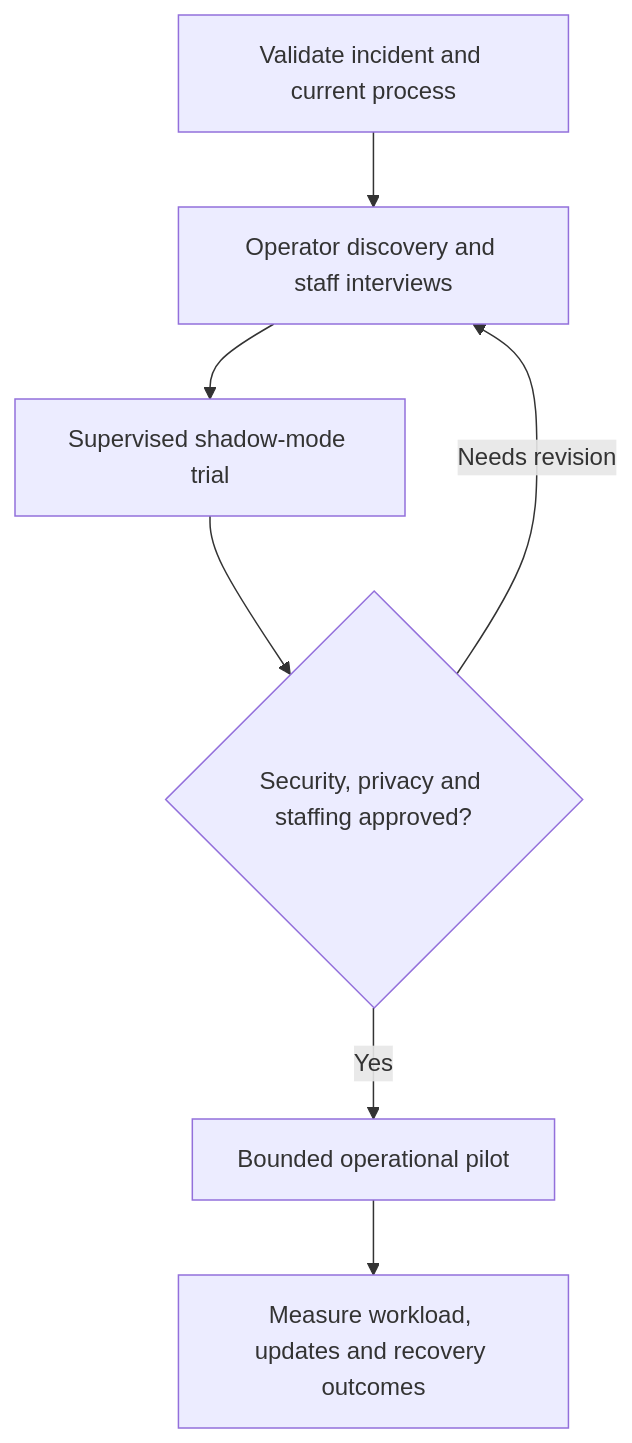
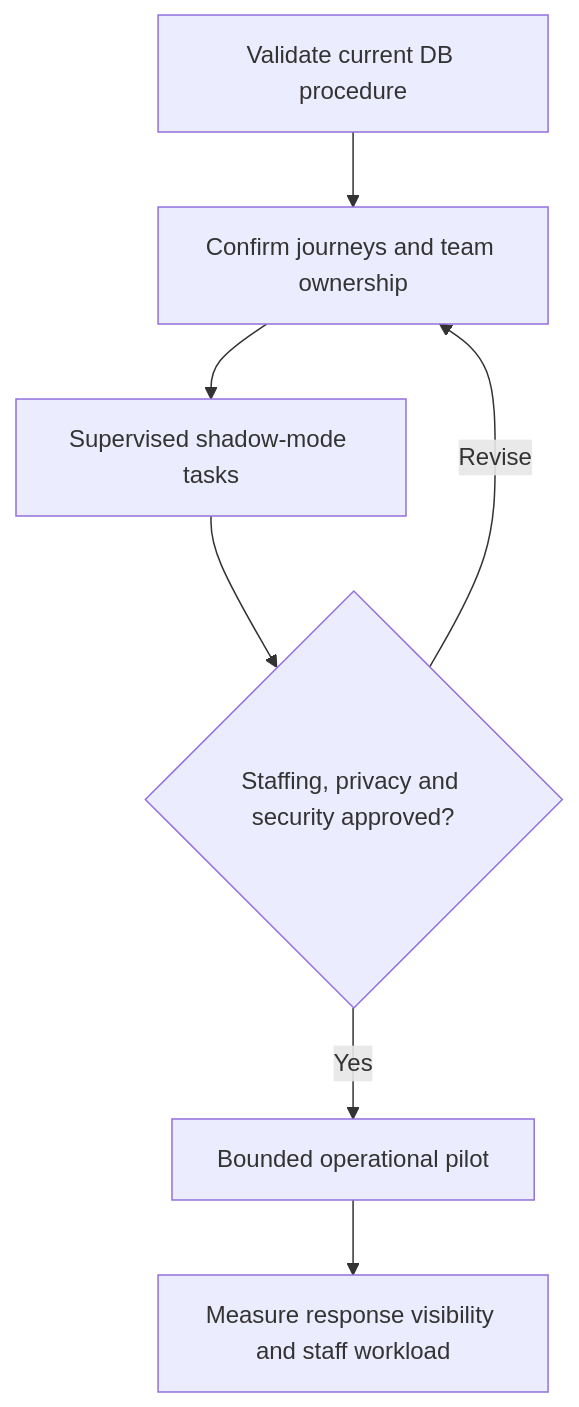
Before and after one commit to Jeevan-0508/DB-Rail-Recover: the third of 3 diagrams in README.md, drawn with Mermaid. The commit also changed other lines of this file and 15 other files, not shown here.

````diff
--- a/README.md
+++ b/README.md
@@ -153,9 +145,9 @@
 ```mermaid
 flowchart TD
-    Evidence[Validate incident and current process] --> Discovery[Operator discovery and staff interviews]
-    Discovery --> Shadow[Supervised shadow-mode trial]
-    Shadow --> Review{Security, privacy and staffing approved?}
-    Review -->|Yes| Pilot[Bounded operational pilot]
-    Review -->|Needs revision| Discovery
-    Pilot --> Evaluate[Measure workload, updates and recovery outcomes]
+    Validate[Validate current DB procedure] --> Map[Confirm journeys and team ownership]
+    Map --> Shadow[Supervised shadow-mode tasks]
+    Shadow --> Gate{Staffing, privacy and security approved?}
+    Gate -->|Yes| Pilot[Bounded operational pilot]
+    Gate -->|Revise| Map
+    Pilot --> Measure[Measure response visibility and staff workload]
 ```
````
